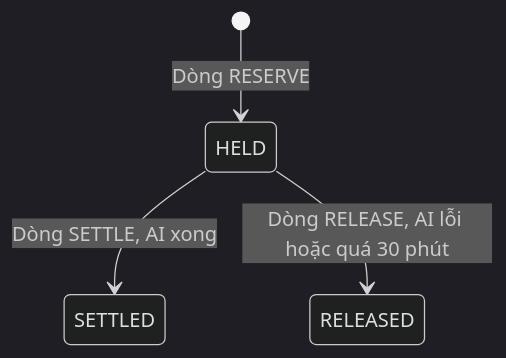
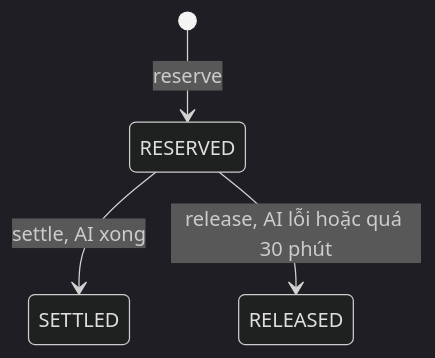
Before and after one commit to hygef-v4/AI-Powered-Learning-Platform: the second of 2 diagrams in aidlc-docs/construction/u07-payment-credit/functional-design/domain-entities.md, drawn with Mermaid (dark theme). The commit also changed other lines of this file and 199 other files, not shown here.

````diff
--- a/aidlc-docs/construction/u07-payment-credit/functional-design/domain-entities.md
+++ b/aidlc-docs/construction/u07-payment-credit/functional-design/domain-entities.md
@@ -95,6 +72,6 @@
 ```mermaid
 stateDiagram-v2
-    [*] --> HELD: Dòng RESERVE
-    HELD --> SETTLED: Dòng SETTLE, AI xong
-    HELD --> RELEASED: Dòng RELEASE, AI lỗi hoặc quá 30 phút
+    [*] --> RESERVED: reserve
+    RESERVED --> SETTLED: settle, AI xong
+    RESERVED --> RELEASED: release, AI lỗi hoặc quá 30 phút
 ```
````
